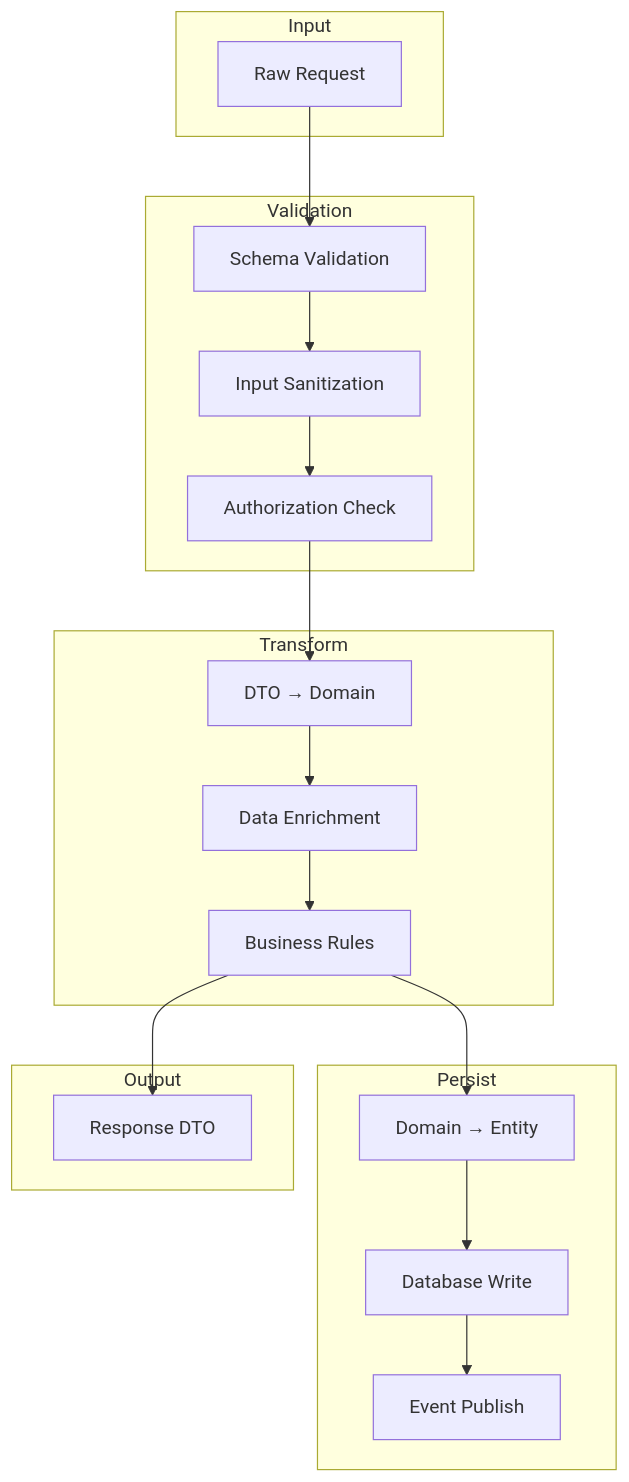
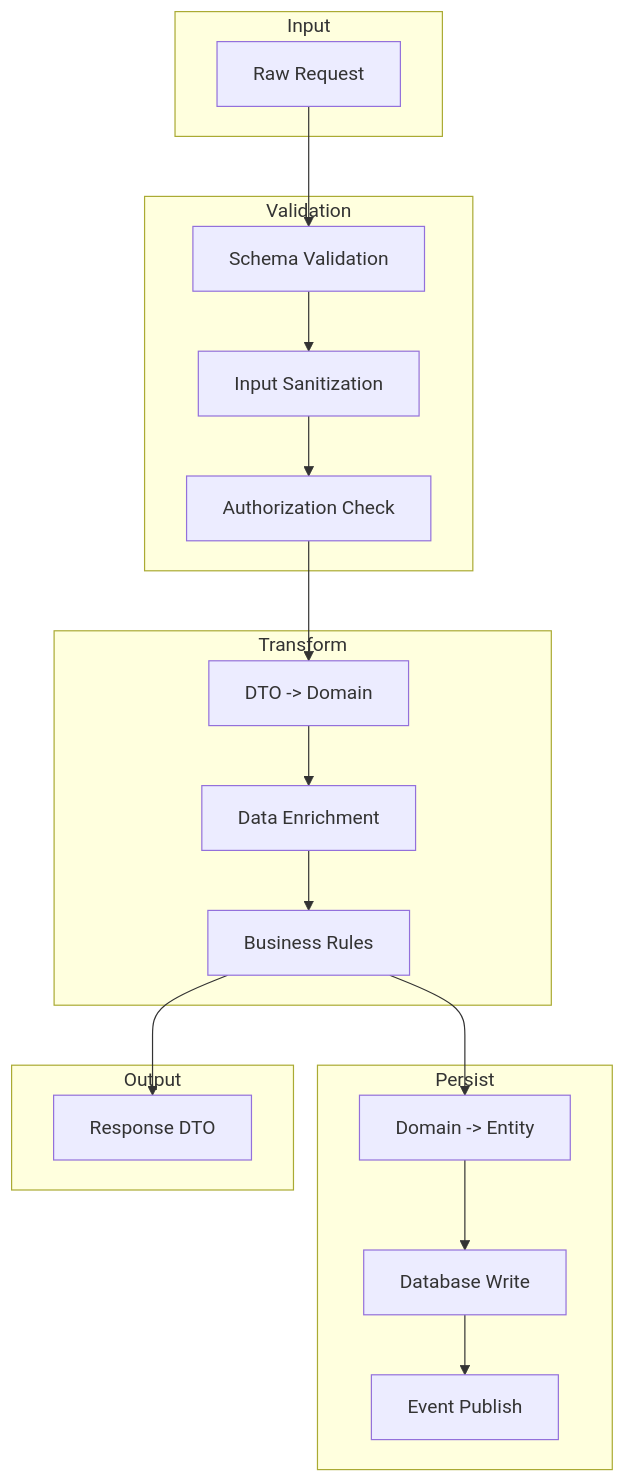
Diagram 13 of 15 in scripts/python/speckit/assets/templates/technical-spec-template.md (veerabhadra-ponna/spec-kit-smart), drawn with Mermaid before and after one commit. The commit also changed other lines of this file and 11 other files, not shown here.

````diff
--- a/scripts/python/speckit/assets/templates/technical-spec-template.md
+++ b/scripts/python/speckit/assets/templates/technical-spec-template.md
@@ -570,39 +570,39 @@
 ```mermaid
 flowchart TB
     subgraph Input
         RAW[Raw Request]
     end
 
     subgraph Validation
         SCHEMA[Schema Validation]
         SANITIZE[Input Sanitization]
         AUTH_CHECK[Authorization Check]
     end
 
     subgraph Transform
-        MAP[DTO → Domain]
+        MAP[DTO -> Domain]
         ENRICH[Data Enrichment]
         RULES[Business Rules]
     end
 
     subgraph Persist
-        ENTITY[Domain → Entity]
+        ENTITY[Domain -> Entity]
         DB_WRITE[Database Write]
         EVENT[Event Publish]
     end
 
     subgraph Output
         RESPONSE[Response DTO]
     end
 
     RAW --> SCHEMA
     SCHEMA --> SANITIZE
     SANITIZE --> AUTH_CHECK
     AUTH_CHECK --> MAP
     MAP --> ENRICH
     ENRICH --> RULES
     RULES --> ENTITY
     ENTITY --> DB_WRITE
     DB_WRITE --> EVENT
     RULES --> RESPONSE
 ```
````
